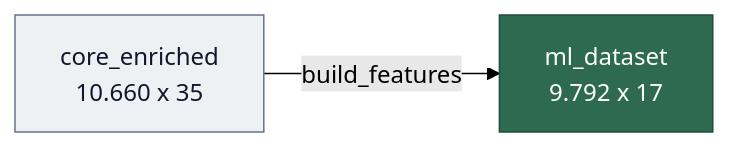
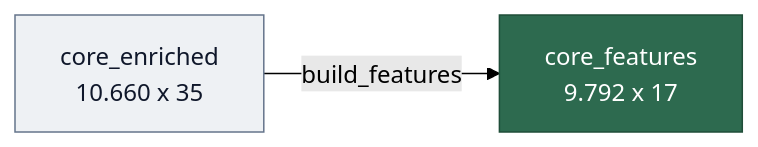
One commit to jorgepais02/PitchLens changed the first of 2 diagrams in docs/06_features.md. Above: the diagram before and after it, drawn with Mermaid (forest theme). The commit also changed other lines of this file and 7 other files, not shown here.

````diff
--- a/docs/06_features.md
+++ b/docs/06_features.md
@@ -10,10 +10,10 @@
 ```mermaid
 graph LR
     classDef src fill:#eef1f4,stroke:#64748b,color:#0f172a,stroke-width:1px
     classDef out fill:#2d6a4f,stroke:#1f4d39,color:#ffffff,stroke-width:1px
 
-    A[core_enriched<br/>10.660 x 35] -->|build_features| B[ml_dataset<br/>9.792 x 17]
+    A[core_enriched<br/>10.660 x 35] -->|build_features| B[core_features<br/>9.792 x 17]
 
     class A src
     class B out
 ```
````
